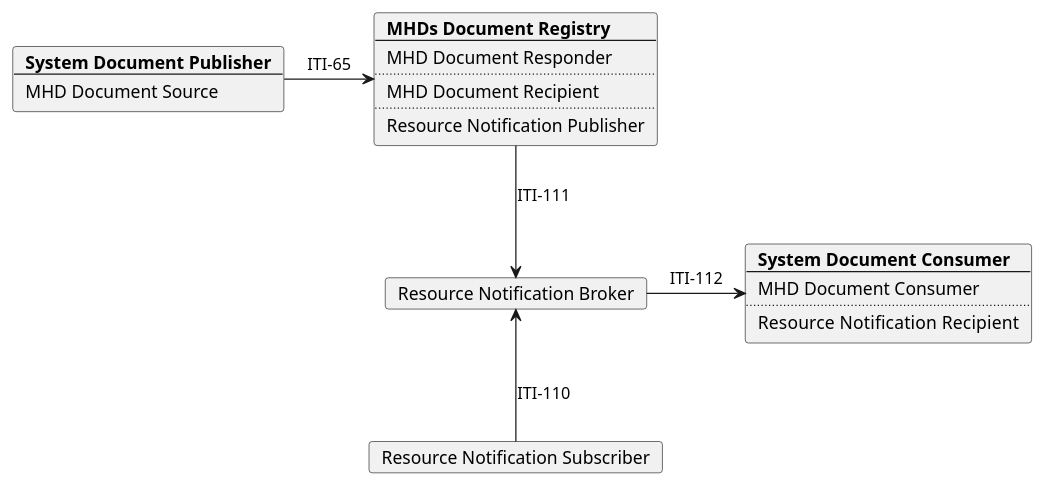
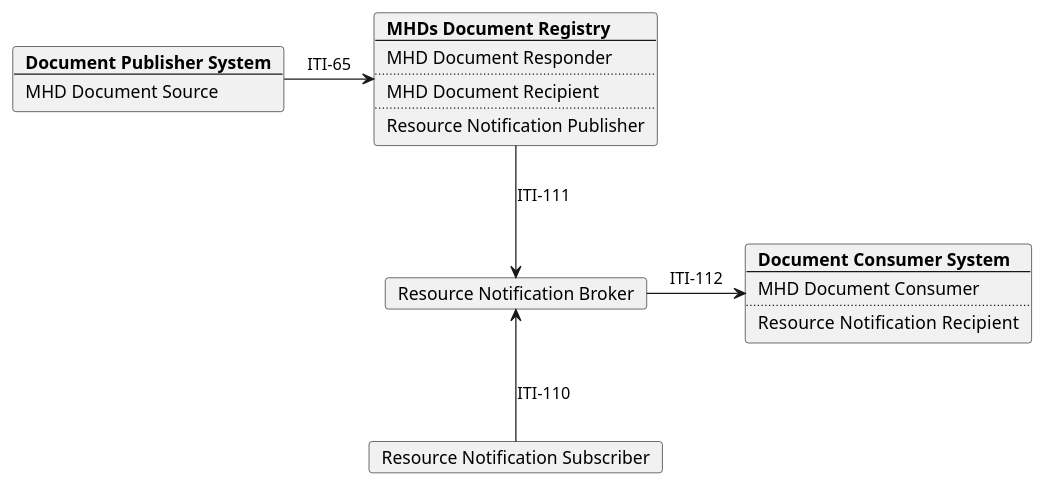
The diagram in input/images-source/model_MHDS.plantuml (IHE/ITI.DSUBm), drawn with PlantUML before and after one commit. The commit also changed 4 other files, not shown here.

```diff
--- a/input/images-source/model_MHDS.plantuml
+++ b/input/images-source/model_MHDS.plantuml
@@ -1,43 +1,43 @@
 @startuml
 skinparam svgDimensionStyle false
 skinparam componentStyle rectangle
 
 hide footbox
 /' title "DSUBm grouped with MHDS" '/
 
 
 card "Resource Notification Subscriber" as DSUBm_Subsciber 
 card "Resource Notification Broker" as DSUBm_Broker
 
 card  Registry [
   <b>MHDs Document Registry
   ----
   MHD Document Responder
   ....
   MHD Document Recipient
   ....
   Resource Notification Publisher
 ]
 
 card Publisher [
-  <b>System Document Publisher
+  <b>Document Publisher System
   ----
   MHD Document Source
 ]
 
 card  Consumer [
-  <b>System Document Consumer
+  <b>Document Consumer System
   ----
   MHD Document Consumer
   ....
   Resource Notification  Recipient
 ]
 
 
 Publisher -r-> Registry: ITI-65
 Registry -d->DSUBm_Broker: ITI-111
 DSUBm_Subsciber -u-> DSUBm_Broker: ITI-110
 DSUBm_Broker -r-> Consumer : ITI-112
 
 
 @enduml
```
